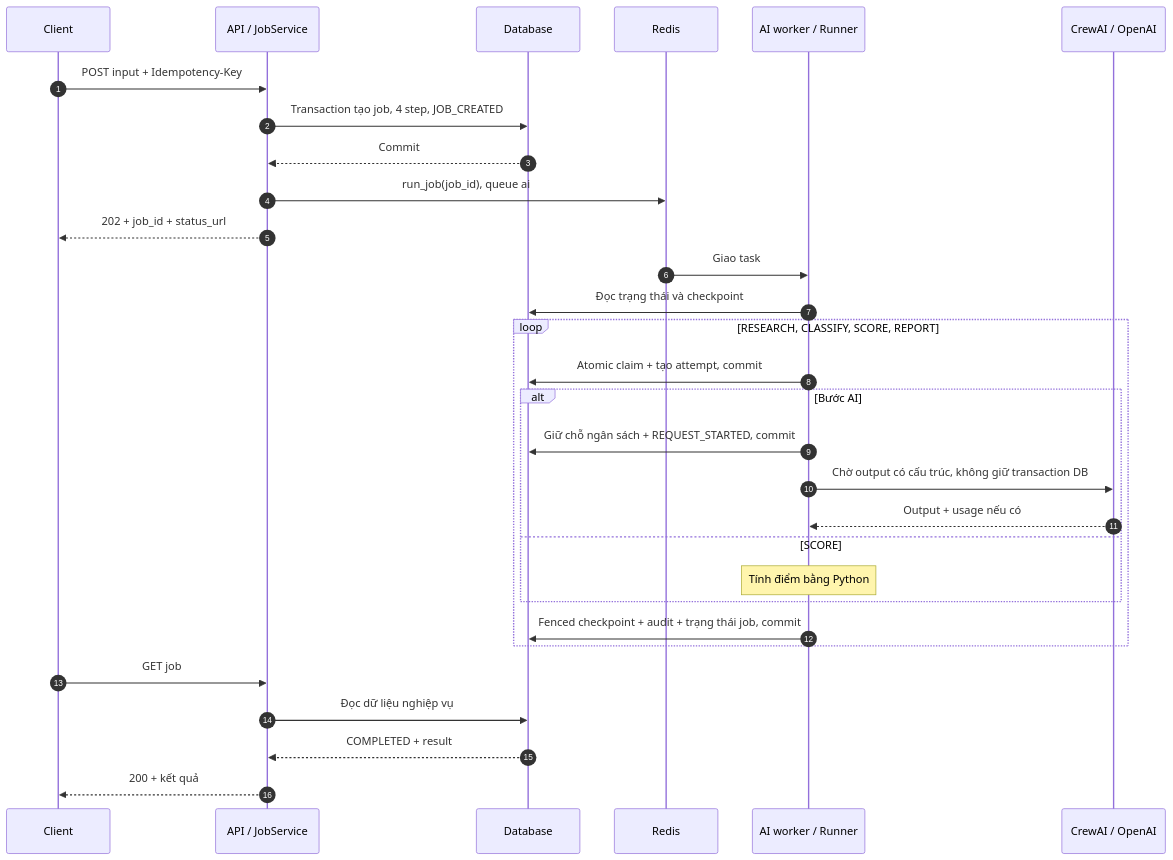
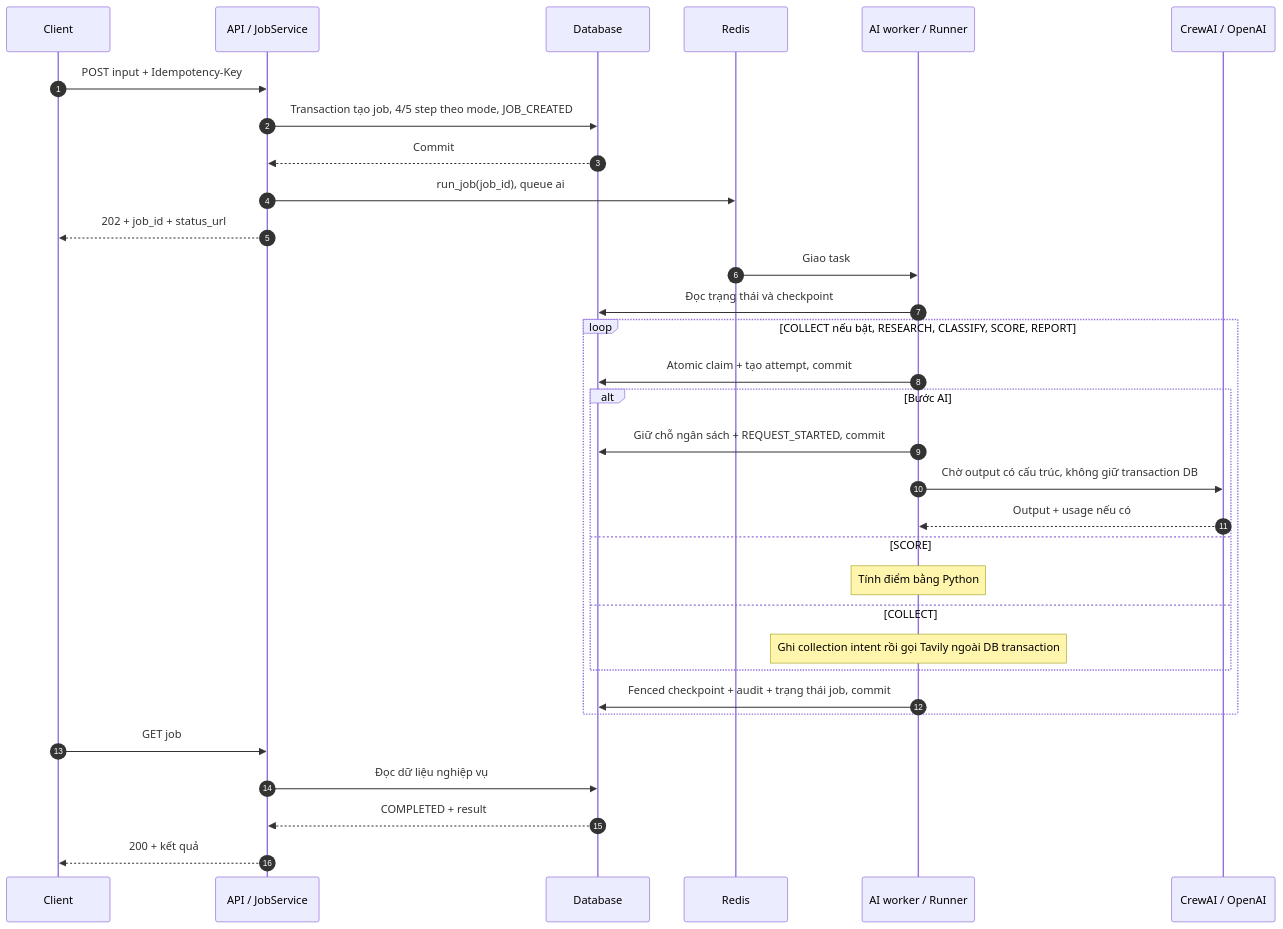
Before and after one commit to thole1986/ai_research_service: the second of 3 diagrams in docs/end-to-end.vi.md, drawn with Mermaid. The commit also changed other lines of this file and 33 other files, not shown here.

````diff
--- a/docs/end-to-end.vi.md
+++ b/docs/end-to-end.vi.md
@@ -446,32 +471,34 @@
 ```mermaid
 sequenceDiagram
     autonumber
     participant C as Client
     participant A as API / JobService
     participant D as Database
     participant R as Redis
     participant W as AI worker / Runner
     participant L as CrewAI / OpenAI
     C->>A: POST input + Idempotency-Key
-    A->>D: Transaction tạo job, 4 step, JOB_CREATED
+    A->>D: Transaction tạo job, 4/5 step theo mode, JOB_CREATED
     D-->>A: Commit
     A->>R: run_job(job_id), queue ai
     A-->>C: 202 + job_id + status_url
     R->>W: Giao task
     W->>D: Đọc trạng thái và checkpoint
-    loop RESEARCH, CLASSIFY, SCORE, REPORT
+    loop COLLECT nếu bật, RESEARCH, CLASSIFY, SCORE, REPORT
         W->>D: Atomic claim + tạo attempt, commit
         alt Bước AI
             W->>D: Giữ chỗ ngân sách + REQUEST_STARTED, commit
             W->>L: Chờ output có cấu trúc, không giữ transaction DB
             L-->>W: Output + usage nếu có
         else SCORE
             Note over W: Tính điểm bằng Python
+        else COLLECT
+            Note over W: Ghi collection intent rồi gọi Tavily ngoài DB transaction
         end
         W->>D: Fenced checkpoint + audit + trạng thái job, commit
     end
     C->>A: GET job
     A->>D: Đọc dữ liệu nghiệp vụ
     D-->>A: COMPLETED + result
     A-->>C: 200 + kết quả
 ```
````
